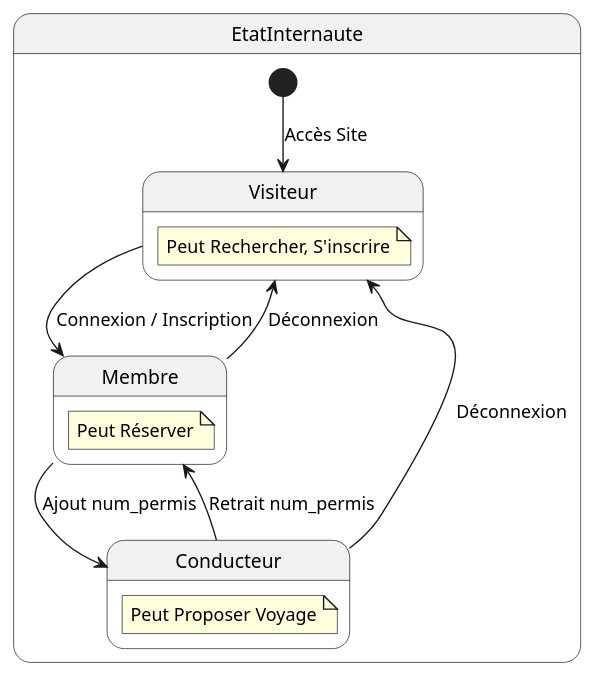
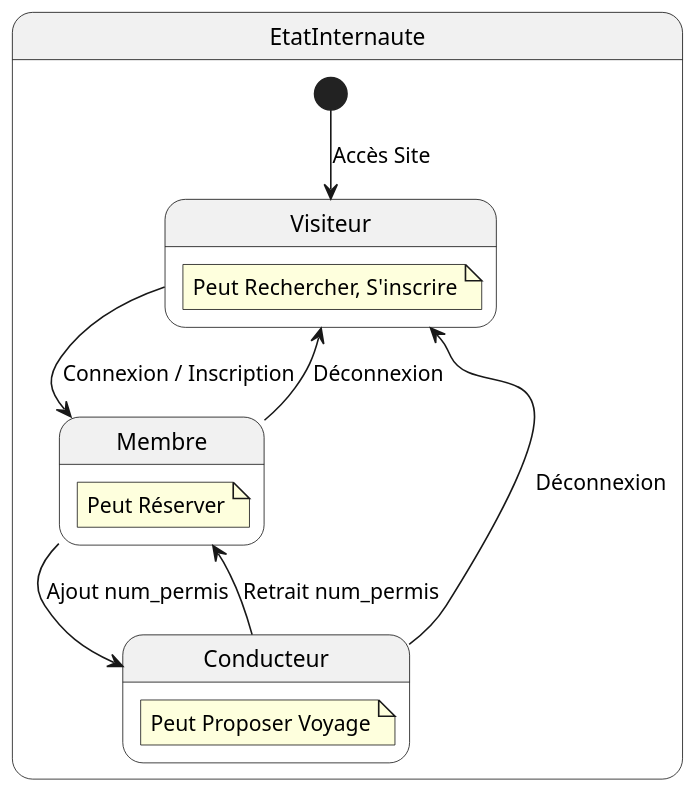
The diagram in UML/state machine diagrams/EtatInternaute.plantUML (Chihebkebbas/CERI_Car), drawn with PlantUML before and after one commit. The commit also changed 8 other files, not shown here.

Commit message:
UML diagrams final version

```diff
--- a/UML/state machine diagrams/EtatInternaute.plantUML
+++ b/UML/state machine diagrams/EtatInternaute.plantUML
@@ -1,31 +1,31 @@
 @startuml
 hide empty description
-scale 1.1
+scale 1.3
 
 state EtatInternaute {
 
 [*] --> Visiteur : Accès Site
 
 state Visiteur {
   note "Peut Rechercher, S'inscrire" as N1
 }
 
 Visiteur --> Membre : Connexion / Inscription
 Membre --> Visiteur : Déconnexion
 
 state Membre {
   note "Peut Réserver" as N2
 }
 
 state Conducteur {
   note "Peut Proposer Voyage" as N3
 }
 
 Membre --> Conducteur : Ajout num_permis
 Conducteur --> Membre : Retrait num_permis
 
 Conducteur --> Visiteur : Déconnexion
 
 }
 
 @enduml
```
